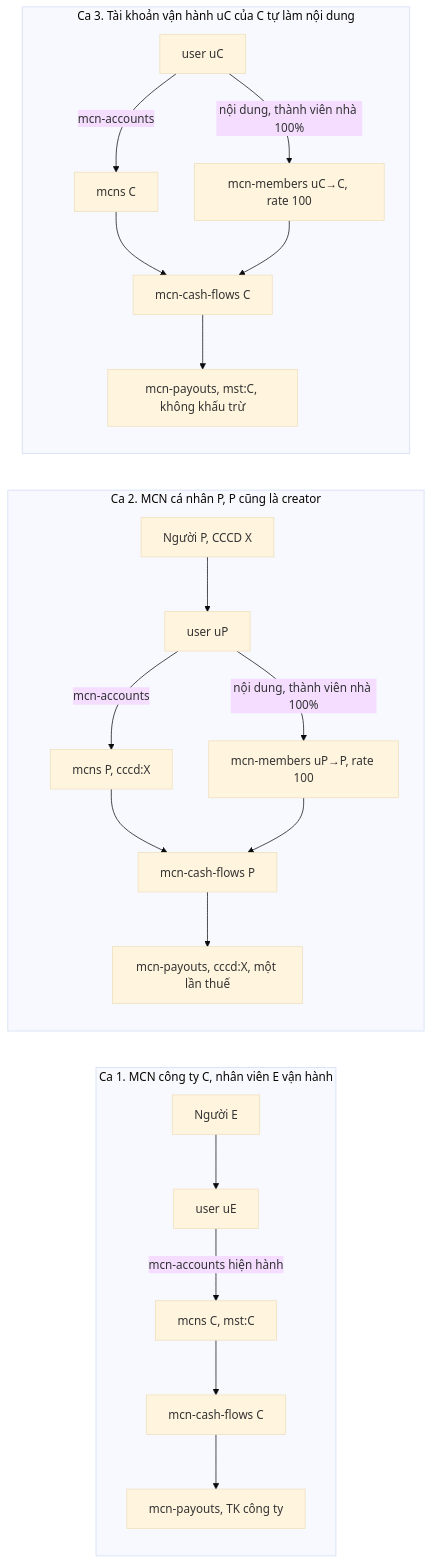
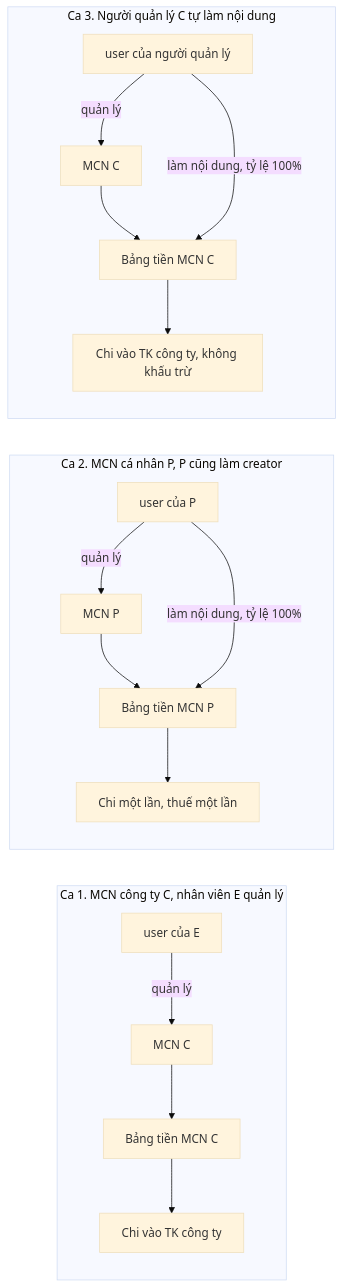
One commit to viewboost/accesstrade-docs changed the first of 10 diagrams in mcn/techspec-mcn-phase1-2026-11-04.md. Above: the diagram before and after it, drawn with Mermaid (base theme). The commit also changed other lines of this file, not shown here.

Commit message:
docs(mcn): tech spec v2.1 - viet gon phan tom tat, cau tra loi tech lead dang hoi dap, so do ba truong hop bang loi thuong

````diff
--- a/mcn/techspec-mcn-phase1-2026-11-04.md
+++ b/mcn/techspec-mcn-phase1-2026-11-04.md
@@ -66,14 +83,14 @@
 ```mermaid
 flowchart LR
-  subgraph CA1["Ca 1. MCN công ty C, nhân viên E vận hành"]
-    E1["Người E"] --> UE["user uE"] -- "mcn-accounts hiện hành" --> C1["mcns C, mst:C"] --> L1["mcn-cash-flows C"] --> P1["mcn-payouts, TK công ty"]
+  subgraph CA1["Ca 1. MCN công ty C, nhân viên E quản lý"]
+    UE["user của E"] -- "quản lý" --> C1["MCN C"] --> L1["Bảng tiền MCN C"] --> P1["Chi vào TK công ty"]
   end
-  subgraph CA2["Ca 2. MCN cá nhân P, P cũng là creator"]
-    P2["Người P, CCCD X"] --> UP["user uP"] -- "mcn-accounts" --> M2["mcns P, cccd:X"] --> L2["mcn-cash-flows P"] --> P2O["mcn-payouts, cccd:X, một lần thuế"]
-    UP -- "nội dung, thành viên nhà 100%" --> MB2["mcn-members uP→P, rate 100"] --> L2
+  subgraph CA2["Ca 2. MCN cá nhân P, P cũng làm creator"]
+    UP["user của P"] -- "quản lý" --> M2["MCN P"] --> L2["Bảng tiền MCN P"] --> P2O["Chi một lần, thuế một lần"]
+    UP -- "làm nội dung, tỷ lệ 100%" --> L2
   end
-  subgraph CA3["Ca 3. Tài khoản vận hành uC của C tự làm nội dung"]
-    UC["user uC"] -- "mcn-accounts" --> C3["mcns C"] --> L3["mcn-cash-flows C"] --> P3O["mcn-payouts, mst:C, không khấu trừ"]
-    UC -- "nội dung, thành viên nhà 100%" --> MB3["mcn-members uC→C, rate 100"] --> L3
+  subgraph CA3["Ca 3. Người quản lý C tự làm nội dung"]
+    UC["user của người quản lý"] -- "quản lý" --> C3["MCN C"] --> L3["Bảng tiền MCN C"] --> P3O["Chi vào TK công ty, không khấu trừ"]
+    UC -- "làm nội dung, tỷ lệ 100%" --> L3
   end
 ```
````
